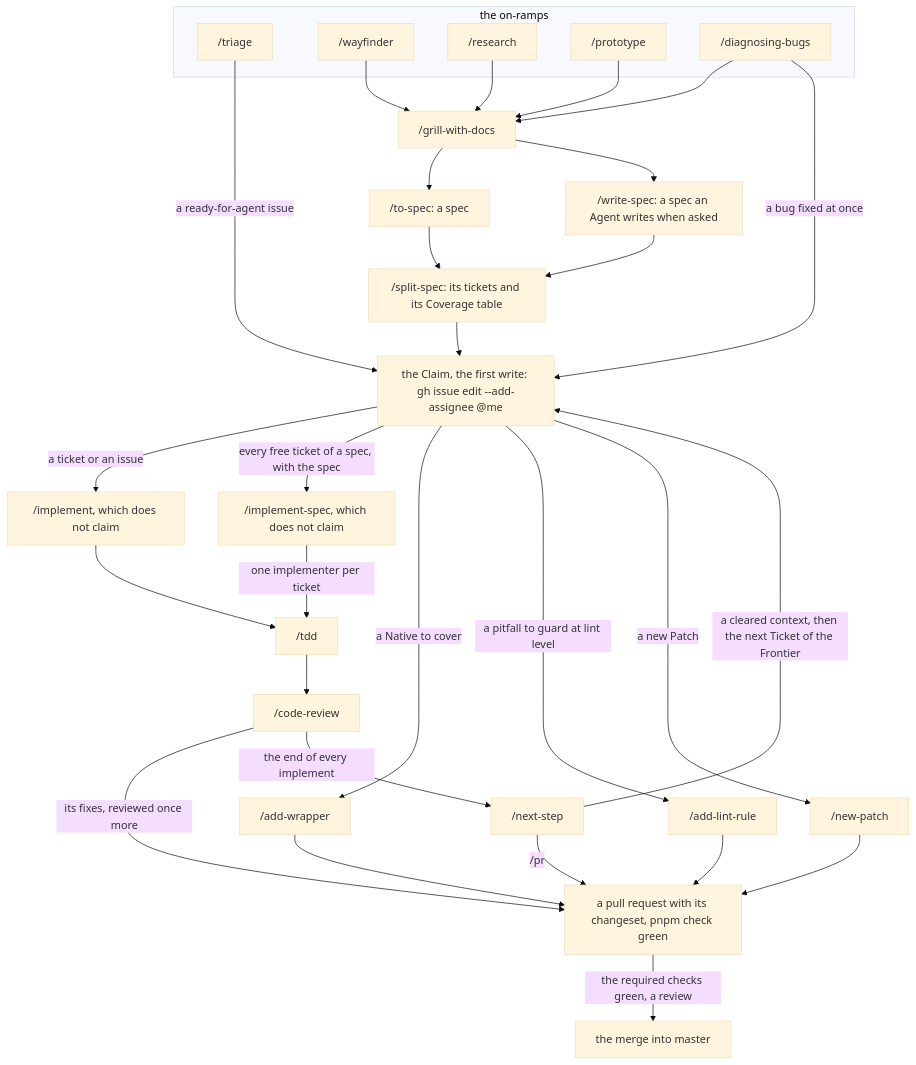
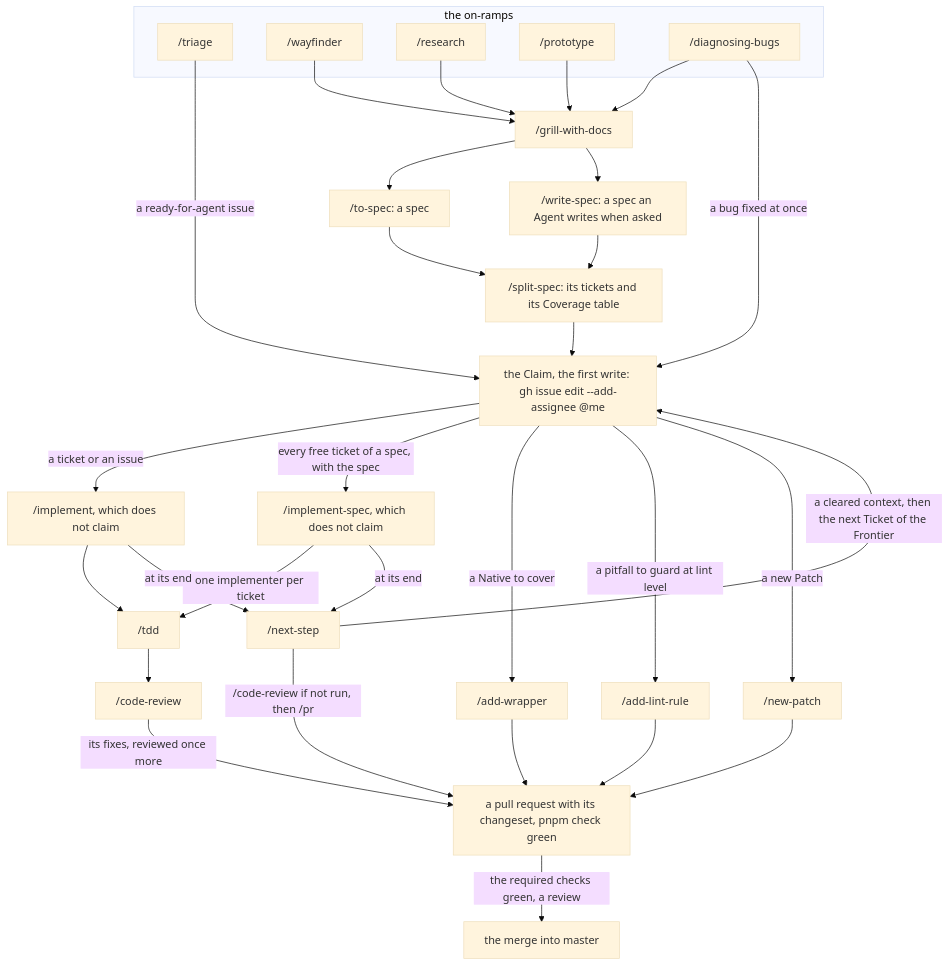
One commit to phmilk/reforged-ts changed the diagram in docs/agents/development-loop.md. Above: the diagram before and after it, drawn with Mermaid (base theme). The commit also changed other lines of this file and 3 other files, not shown here.

First line of the commit message:
fix(skills): next-step fits a Spec's close in five steps, and counts only /code-review's own reports (#745)

````diff
--- a/docs/agents/development-loop.md
+++ b/docs/agents/development-loop.md
@@ -76,55 +76,56 @@
 ```mermaid
 flowchart TD
   %% diagram: development-loop
   %% covers: skills
   subgraph on_ramps["the on-ramps"]
     triage["/triage"]
     wayfinder["/wayfinder"]
     research["/research"]
     prototype["/prototype"]
     diagnosing_bugs["/diagnosing-bugs"]
   end
   grill_with_docs["/grill-with-docs"]
   to_spec["/to-spec: a spec"]
   write_spec["/write-spec: a spec an Agent writes when asked"]
   split_spec["/split-spec: its tickets and its Coverage table"]
   claim["the Claim, the first write: gh issue edit --add-assignee @me"]
   implement["/implement, which does not claim"]
   implement_spec["/implement-spec, which does not claim"]
   tdd["/tdd"]
   code_review["/code-review"]
   next_step["/next-step"]
   add_wrapper["/add-wrapper"]
   add_lint_rule["/add-lint-rule"]
   new_patch["/new-patch"]
   pull_request["a pull request with its changeset, pnpm check green"]
   merge["the merge into master"]
 
   wayfinder --> grill_with_docs
   research --> grill_with_docs
   prototype --> grill_with_docs
   diagnosing_bugs --> grill_with_docs
   triage -->|"a ready-for-agent issue"| claim
   diagnosing_bugs -->|"a bug fixed at once"| claim
   grill_with_docs --> to_spec
   grill_with_docs --> write_spec
   to_spec --> split_spec
   write_spec --> split_spec
   split_spec --> claim
   claim -->|"a ticket or an issue"| implement
   claim -->|"every free ticket of a spec, with the spec"| implement_spec
   claim -->|"a Native to cover"| add_wrapper
   claim -->|"a pitfall to guard at lint level"| add_lint_rule
   claim -->|"a new Patch"| new_patch
   implement --> tdd
   implement_spec -->|"one implementer per ticket"| tdd
   tdd --> code_review
   code_review -->|"its fixes, reviewed once more"| pull_request
   add_wrapper --> pull_request
   add_lint_rule --> pull_request
   new_patch --> pull_request
   pull_request -->|"the required checks green, a review"| merge
-  code_review -->|"the end of every implement"| next_step
-  next_step -->|"/pr"| pull_request
+  implement -->|"at its end"| next_step
+  implement_spec -->|"at its end"| next_step
+  next_step -->|"/code-review if not run, then /pr"| pull_request
   next_step -->|"a cleared context, then the next Ticket of the Frontier"| claim
 ```
````
